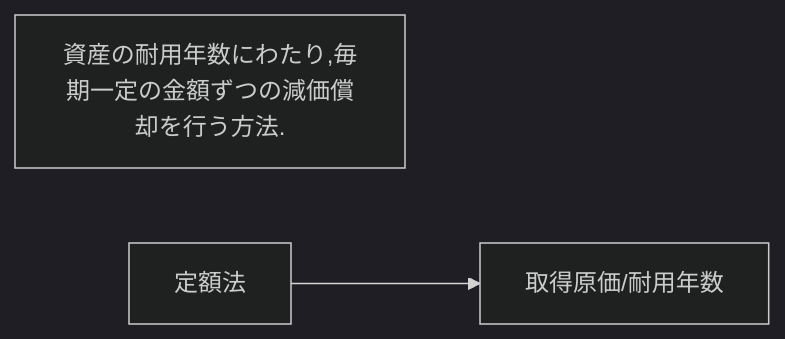
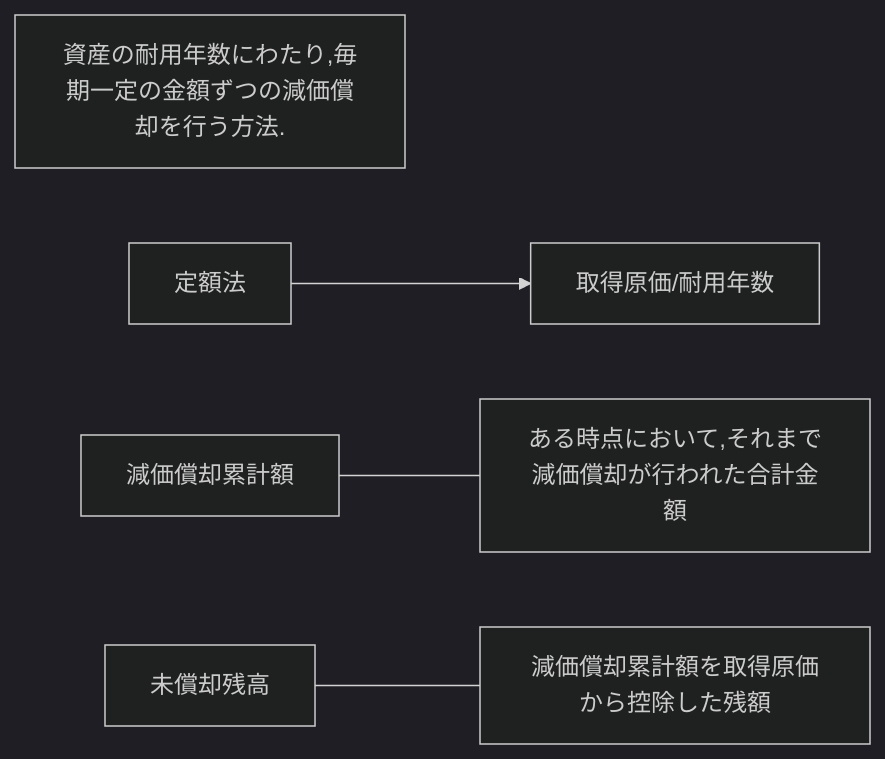
Before and after one commit to bebetakumi/mermaid: the third of 3 diagrams in 減価償却/減価償却費の計算.md, drawn with Mermaid (dark theme). The commit also changed other lines of this file, not shown here.

````diff
--- a/減価償却/減価償却費の計算.md
+++ b/減価償却/減価償却費の計算.md
@@ -21,8 +21,12 @@
 ```mermaid
 flowchart LR
 
 資産の耐用年数にわたり,毎期一定の金額ずつの減価償却を行う方法.
 
 定額法 --> 取得原価/耐用年数
 
+減価償却累計額 --- ある時点において,それまで減価償却が行われた合計金額
+
+未償却残高 --- 減価償却累計額を取得原価から控除した残額
+
 ```
````
